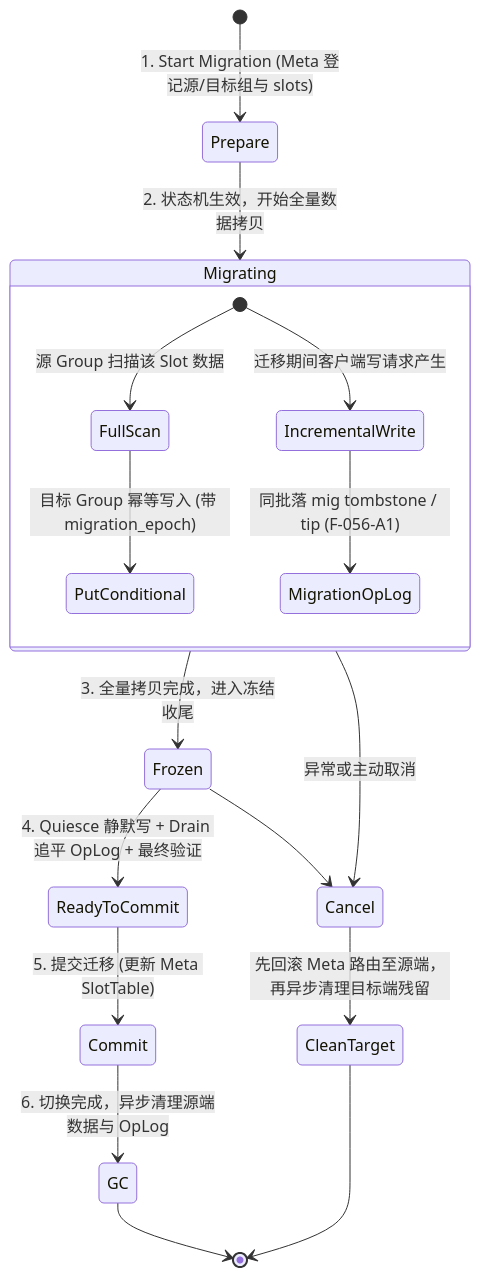
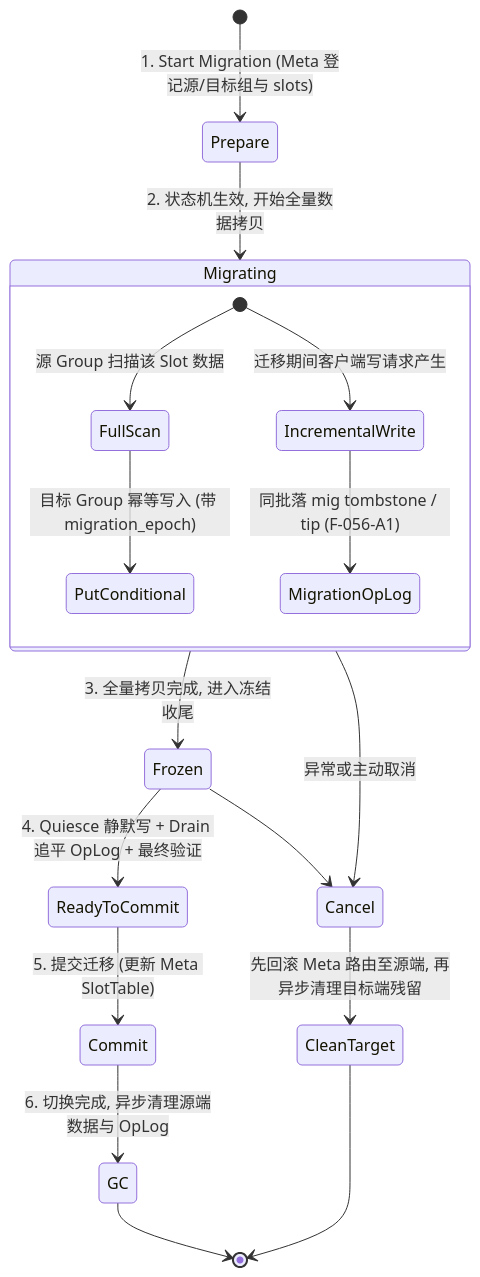
Before and after one commit to Genuineh/AiDb: the seventh of 8 diagrams in ARCHITECTURE.md, drawn with Mermaid. The commit also changed other lines of this file and 79 other files, not shown here.

````diff
--- a/ARCHITECTURE.md
+++ b/ARCHITECTURE.md
@@ -222,24 +222,24 @@
 ```mermaid
 stateDiagram-v2
     [*] --> Prepare: 1. Start Migration (Meta 登记源/目标组与 slots)
-    Prepare --> Migrating: 2. 状态机生效，开始全量数据拷贝
+    Prepare --> Migrating: 2. 状态机生效, 开始全量数据拷贝
     
     state Migrating {
         [*] --> FullScan: 源 Group 扫描该 Slot 数据
         FullScan --> PutConditional: 目标 Group 幂等写入 (带 migration_epoch)
         [*] --> IncrementalWrite: 迁移期间客户端写请求产生
         IncrementalWrite --> MigrationOpLog: 同批落 mig tombstone / tip (F-056-A1)
     }
 
-    Migrating --> Frozen: 3. 全量拷贝完成，进入冻结收尾
+    Migrating --> Frozen: 3. 全量拷贝完成, 进入冻结收尾
     Frozen --> ReadyToCommit: 4. Quiesce 静默写 + Drain 追平 OpLog + 最终验证
     
     ReadyToCommit --> Commit: 5. 提交迁移 (更新 Meta SlotTable)
-    Commit --> GC: 6. 切换完成，异步清理源端数据与 OpLog
+    Commit --> GC: 6. 切换完成, 异步清理源端数据与 OpLog
     GC --> [*]
 
     Migrating --> Cancel: 异常或主动取消
     Frozen --> Cancel
-    Cancel --> CleanTarget: 先回滚 Meta 路由至源端，再异步清理目标端残留
+    Cancel --> CleanTarget: 先回滚 Meta 路由至源端, 再异步清理目标端残留
     CleanTarget --> [*]
 ```
````
